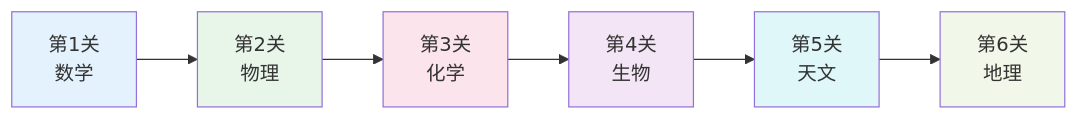
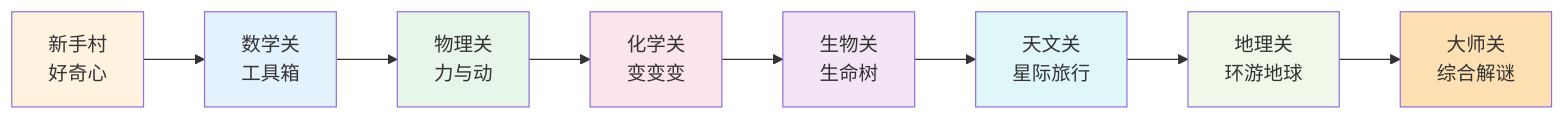
One commit to wxyClark/wxyClark.github.io changed the third of 3 diagrams in content/natural-sciences/index.md. Above: the diagram before and after it, drawn with Mermaid. The commit also changed other lines of this file and 11 other files, not shown here.

````diff
--- a/content/natural-sciences/index.md
+++ b/content/natural-sciences/index.md
@@ -234,15 +98,19 @@
 ```mermaid
-graph LR
-    A[第1关<br/>数学] --> B[第2关<br/>物理]
-    B --> C[第3关<br/>化学]
-    C --> D[第4关<br/>生物]
-    D --> E[第5关<br/>天文]
-    E --> F[第6关<br/>地理]
+flowchart LR
+    L1[新手村<br/>好奇心] --> L2[数学关<br/>工具箱]
+    L2 --> L3[物理关<br/>力与动]
+    L3 --> L4[化学关<br/>变变变]
+    L4 --> L5[生物关<br/>生命树]
+    L5 --> L6[天文关<br/>星际旅行]
+    L6 --> L7[地理关<br/>环游地球]
+    L7 --> L8[大师关<br/>综合解谜]
     
-    style A fill:#e3f2fd
-    style B fill:#e8f5e9
-    style C fill:#fce4ec
-    style D fill:#f3e5f5
-    style E fill:#e0f7fa
-    style F fill:#f1f8e9
+    style L1 fill:#fff3e0
+    style L2 fill:#e3f2fd
+    style L3 fill:#e8f5e9
+    style L4 fill:#fce4ec
+    style L5 fill:#f3e5f5
+    style L6 fill:#e0f7fa
+    style L7 fill:#f1f8e9
+    style L8 fill:#ffe0b2
 ```
````
